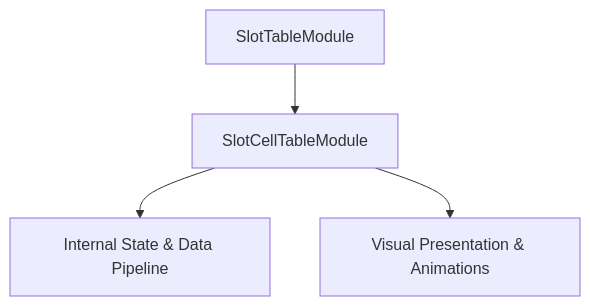
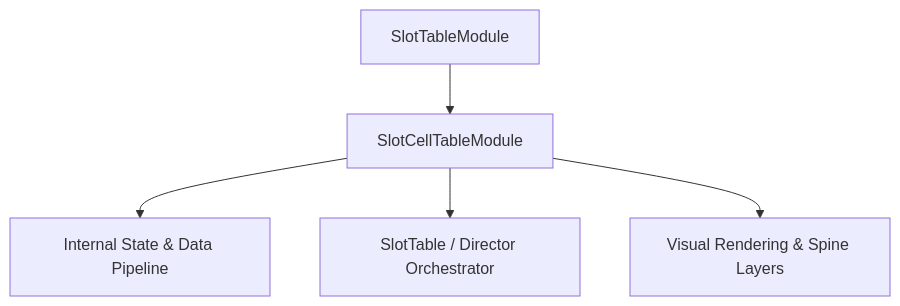
The diagram in docs/cc_slot_mechanics/modules/SlotCellTableModule/01_overview/01_architecture_and_role.md (lam-ark/mcp-fwcc), drawn with Mermaid before and after one commit. The commit also changed other lines of this file and 2509 other files, not shown here.

````diff
--- a/docs/cc_slot_mechanics/modules/SlotCellTableModule/01_overview/01_architecture_and_role.md
+++ b/docs/cc_slot_mechanics/modules/SlotCellTableModule/01_overview/01_architecture_and_role.md
@@ -18,6 +24,7 @@
 ```mermaid
 graph TD
-    Parent[SlotTableModule] --> Mod[SlotCellTableModule]
-    Mod --> State[Internal State & Data Pipeline]
-    Mod --> Render[Visual Presentation & Animations]
+    SuperClass[SlotTableModule] --> TargetClass[SlotCellTableModule]
+    TargetClass --> DataPipeline[Internal State & Data Pipeline]
+    TargetClass --> Orchestrator[SlotTable / Director Orchestrator]
+    TargetClass --> ViewLayer[Visual Rendering & Spine Layers]
 ```
````
